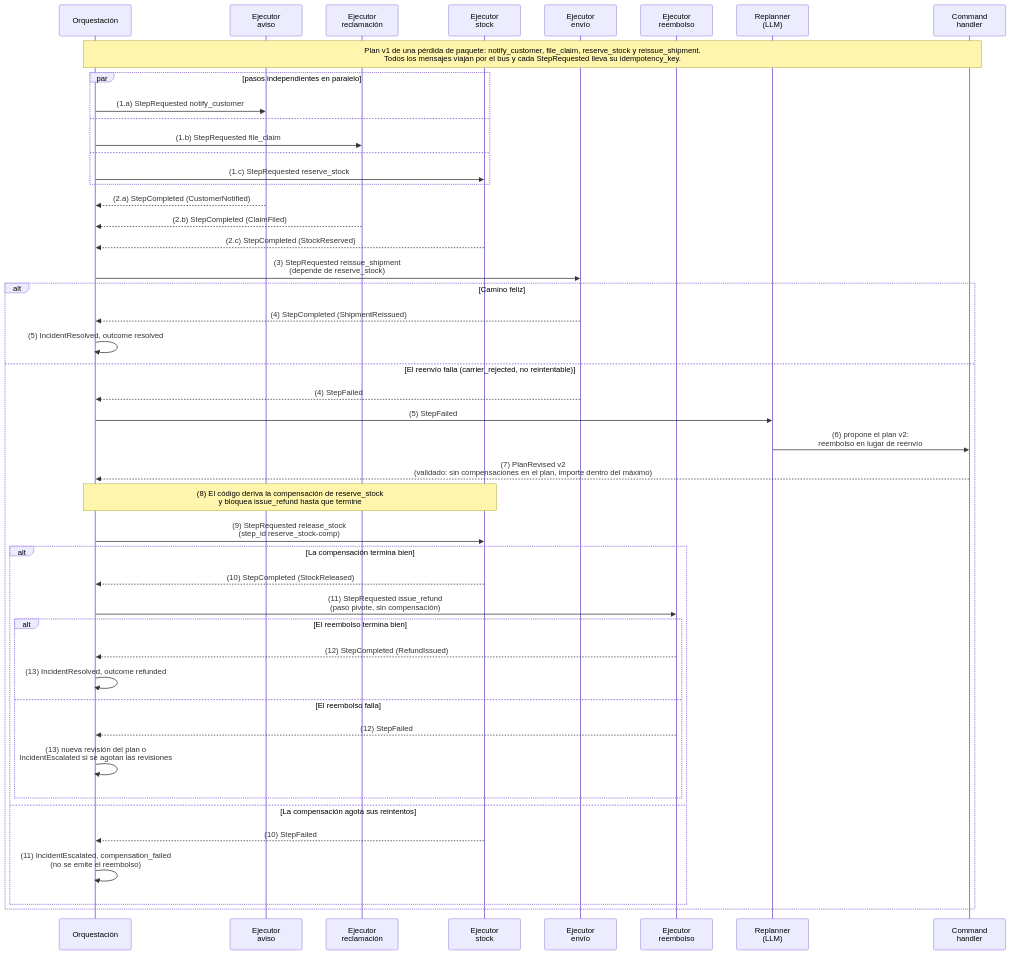
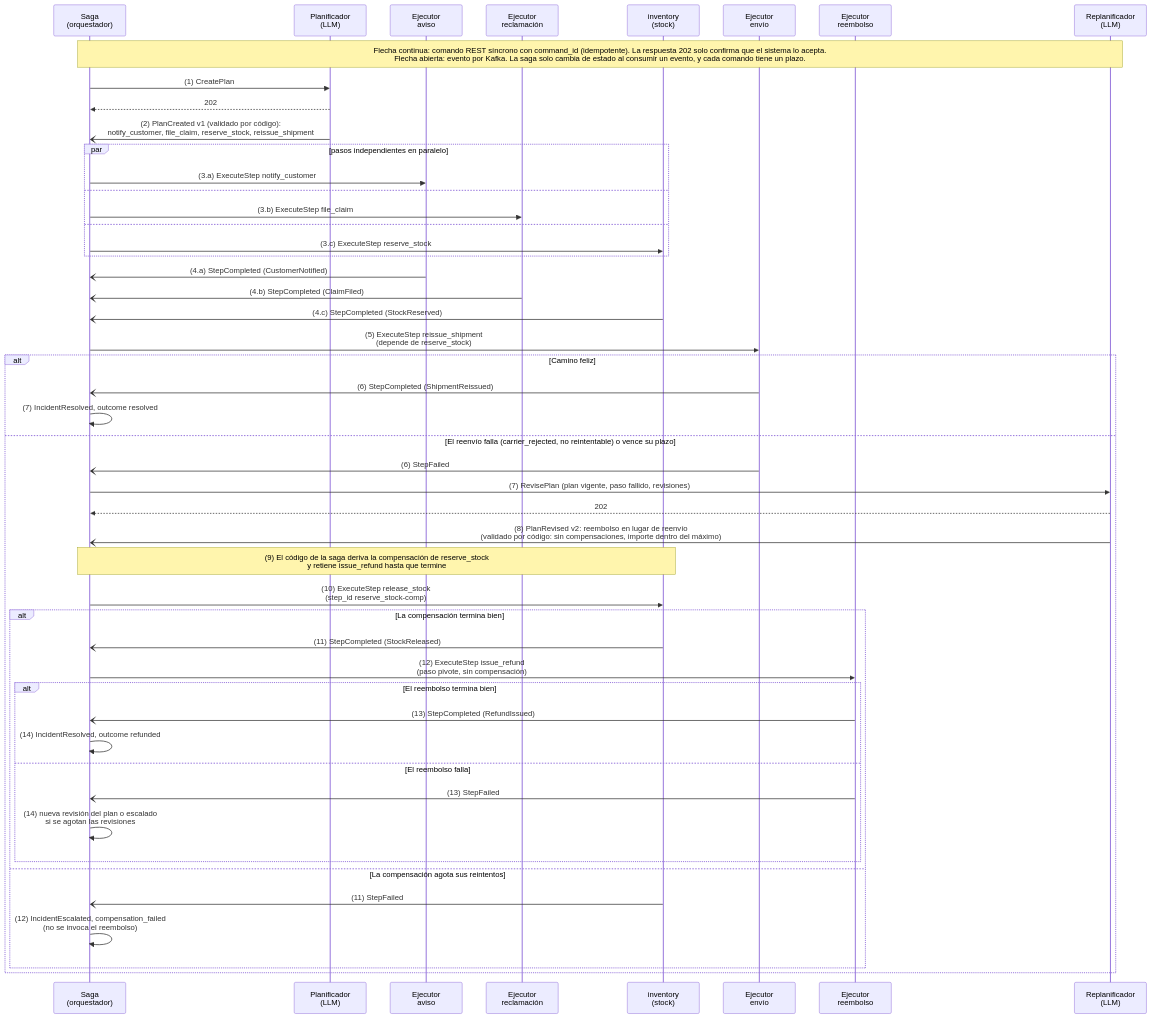
One commit to whinedo/eda-retail changed the third of 6 diagrams in docs/guia-poc-eda-incidencias.md. Above: the diagram before and after it, drawn with Mermaid. The commit also changed other lines of this file and 16 other files, not shown here.

````diff
--- a/docs/guia-poc-eda-incidencias.md
+++ b/docs/guia-poc-eda-incidencias.md
@@ -410,48 +473,51 @@
 ```mermaid
 sequenceDiagram
-  participant Orq as Orquestación
+  participant Orq as Saga<br/>(orquestador)
+  participant Pl as Planificador<br/>(LLM)
   participant Av as Ejecutor<br/>aviso
   participant Rc as Ejecutor<br/>reclamación
-  participant St as Ejecutor<br/>stock
+  participant St as inventory<br/>(stock)
   participant En as Ejecutor<br/>envío
   participant Rf as Ejecutor<br/>reembolso
-  participant Rp as Replanner<br/>(LLM)
-  participant CH as Command<br/>handler
-  Note over Orq,CH: Plan v1 de una pérdida de paquete: notify_customer, file_claim, reserve_stock y reissue_shipment.<br/>Todos los mensajes viajan por el bus y cada StepRequested lleva su idempotency_key.
+  participant Rp as Replanificador<br/>(LLM)
+  Note over Orq,Rp: Flecha continua: comando REST síncrono con command_id (idempotente). La respuesta 202 solo confirma que el sistema lo acepta.<br/>Flecha abierta: evento por Kafka. La saga solo cambia de estado al consumir un evento, y cada comando tiene un plazo.
+  Orq->>Pl: (1) CreatePlan
+  Pl-->>Orq: 202
+  Pl-)Orq: (2) PlanCreated v1 (validado por código):<br/>notify_customer, file_claim, reserve_stock, reissue_shipment
   par pasos independientes en paralelo
-    Orq->>Av: (1.a) StepRequested notify_customer
+    Orq->>Av: (3.a) ExecuteStep notify_customer
   and
-    Orq->>Rc: (1.b) StepRequested file_claim
+    Orq->>Rc: (3.b) ExecuteStep file_claim
   and
-    Orq->>St: (1.c) StepRequested reserve_stock
+    Orq->>St: (3.c) ExecuteStep reserve_stock
   end
-  Av-->>Orq: (2.a) StepCompleted (CustomerNotified)
-  Rc-->>Orq: (2.b) StepCompleted (ClaimFiled)
-  St-->>Orq: (2.c) StepCompleted (StockReserved)
-  Orq->>En: (3) StepRequested reissue_shipment<br/>(depende de reserve_stock)
+  Av-)Orq: (4.a) StepCompleted (CustomerNotified)
+  Rc-)Orq: (4.b) StepCompleted (ClaimFiled)
+  St-)Orq: (4.c) StepCompleted (StockReserved)
+  Orq->>En: (5) ExecuteStep reissue_shipment<br/>(depende de reserve_stock)
   alt Camino feliz
-    En-->>Orq: (4) StepCompleted (ShipmentReissued)
-    Orq->>Orq: (5) IncidentResolved, outcome resolved
-  else El reenvío falla (carrier_rejected, no reintentable)
-    En-->>Orq: (4) StepFailed
-    Orq->>Rp: (5) StepFailed
-    Rp->>CH: (6) propone el plan v2:<br/>reembolso en lugar de reenvío
-    CH-->>Orq: (7) PlanRevised v2<br/>(validado: sin compensaciones en el plan, importe dentro del máximo)
-    Note over Orq,St: (8) El código deriva la compensación de reserve_stock<br/>y bloquea issue_refund hasta que termine
-    Orq->>St: (9) StepRequested release_stock<br/>(step_id reserve_stock-comp)
+    En-)Orq: (6) StepCompleted (ShipmentReissued)
+    Orq->>Orq: (7) IncidentResolved, outcome resolved
+  else El reenvío falla (carrier_rejected, no reintentable) o vence su plazo
+    En-)Orq: (6) StepFailed
+    Orq->>Rp: (7) RevisePlan (plan vigente, paso fallido, revisiones)
+    Rp-->>Orq: 202
+    Rp-)Orq: (8) PlanRevised v2: reembolso en lugar de reenvío<br/>(validado por código: sin compensaciones, importe dentro del máximo)
+    Note over Orq,St: (9) El código de la saga deriva la compensación de reserve_stock<br/>y retiene issue_refund hasta que termine
+    Orq->>St: (10) ExecuteStep release_stock<br/>(step_id reserve_stock-comp)
     alt La compensación termina bien
-      St-->>Orq: (10) StepCompleted (StockReleased)
-      Orq->>Rf: (11) StepRequested issue_refund<br/>(paso pivote, sin compensación)
+      St-)Orq: (11) StepCompleted (StockReleased)
+      Orq->>Rf: (12) ExecuteStep issue_refund<br/>(paso pivote, sin compensación)
       alt El reembolso termina bien
-        Rf-->>Orq: (12) StepCompleted (RefundIssued)
-        Orq->>Orq: (13) IncidentResolved, outcome refunded
+        Rf-)Orq: (13) StepCompleted (RefundIssued)
+        Orq->>Orq: (14) IncidentResolved, outcome refunded
       else El reembolso falla
-        Rf-->>Orq: (12) StepFailed
-        Orq->>Orq: (13) nueva revisión del plan o<br/>IncidentEscalated si se agotan las revisiones
+        Rf-)Orq: (13) StepFailed
+        Orq->>Orq: (14) nueva revisión del plan o escalado<br/>si se agotan las revisiones
       end
     else La compensación agota sus reintentos
-      St-->>Orq: (10) StepFailed
-      Orq->>Orq: (11) IncidentEscalated, compensation_failed<br/>(no se emite el reembolso)
+      St-)Orq: (11) StepFailed
+      Orq->>Orq: (12) IncidentEscalated, compensation_failed<br/>(no se invoca el reembolso)
     end
   end
 ```
````
